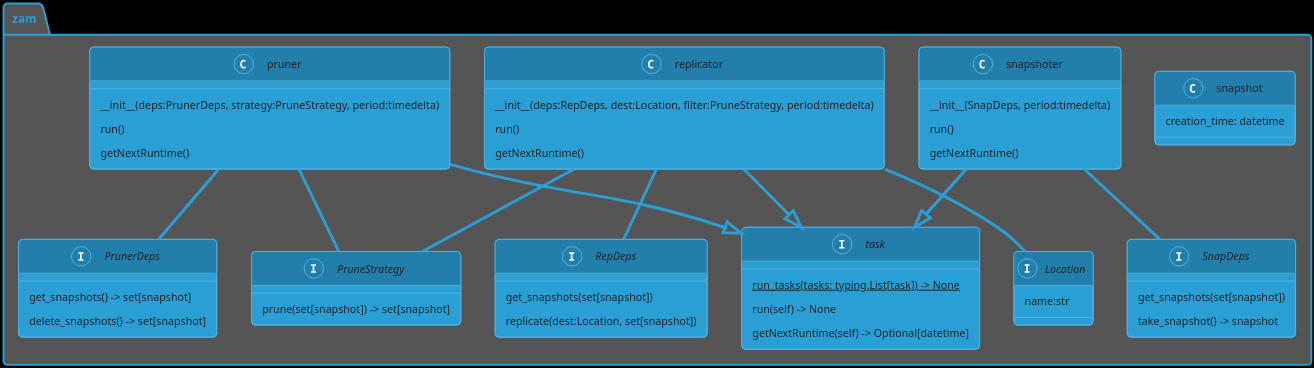
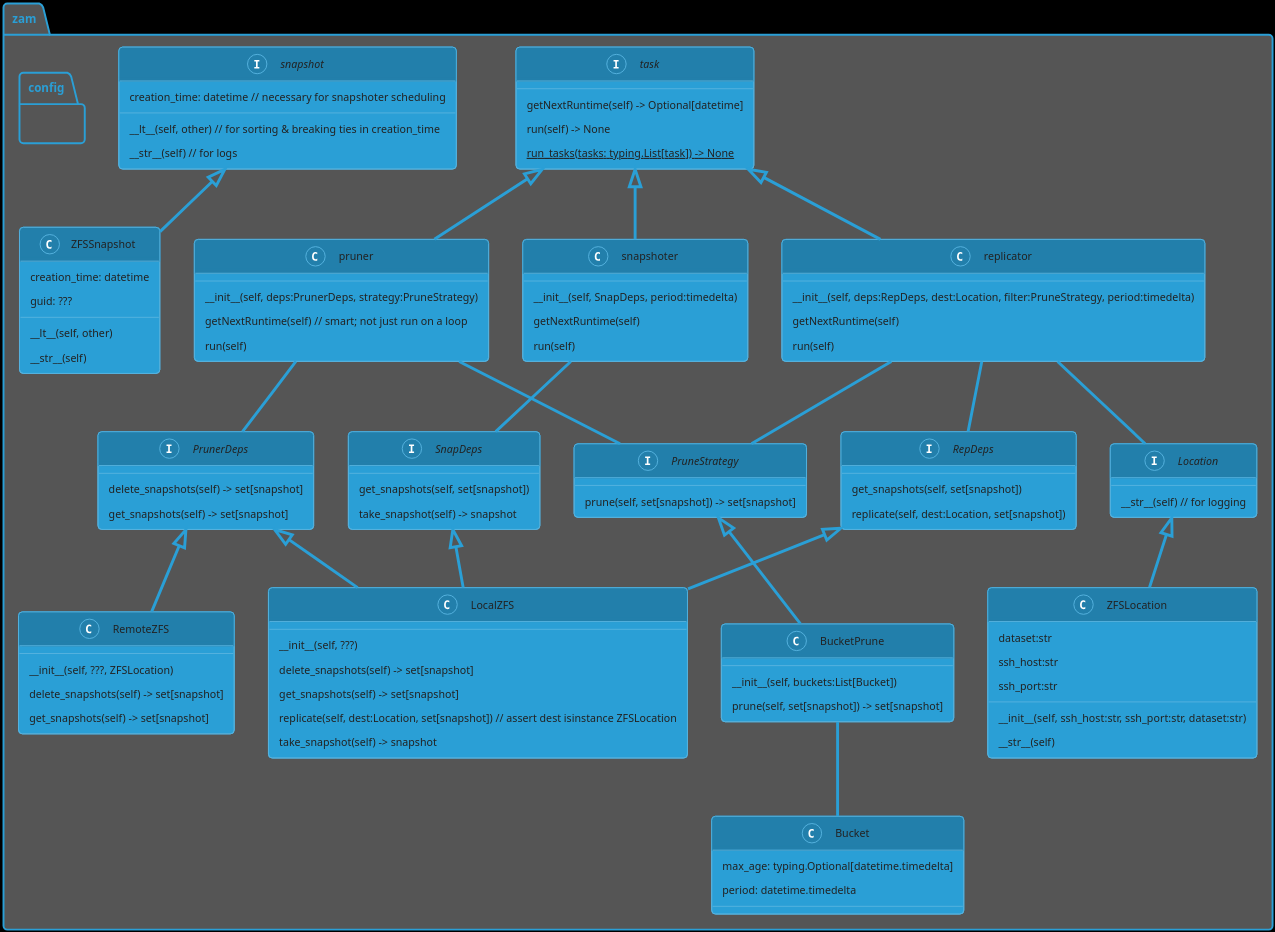
One commit to Ivan-Johnson/ZAM changed the diagram in docs/class_diagram.plantuml. Above: the diagram before and after it, drawn with PlantUML. The commit also changed other lines of this file and 1 other file, not shown here.

Commit message:
Update class diagram with ZFS implementations of interfaces
Relates to #17

```diff
--- a/docs/class_diagram.plantuml
+++ b/docs/class_diagram.plantuml
@@ -1,77 +2,134 @@
 @startuml
 !theme cyborg
 skinparam backgroundColor black
 skinparam dpi 300
 
 package "zam" {
 	interface task {
+		getNextRuntime(self) -> Optional[datetime]
+		run(self) -> None
 		{static} run_tasks(tasks: typing.List[task]) -> None
-		run(self) -> None
-		getNextRuntime(self) -> Optional[datetime]
 	}
 
-	class snapshot {
-		creation_time: datetime
-		'guid
+	interface snapshot {
+		__lt__(self, other) // for sorting & breaking ties in creation_time
+		__str__(self) // for logs
+		creation_time: datetime // necessary for snapshoter scheduling
 	}
 
+	class ZFSSnapshot {
+		__lt__(self, other)
+		__str__(self)
+		creation_time: datetime
+		guid: ???
+	}
+	ZFSSnapshot -up-|>snapshot
+
 	interface SnapDeps {
-		get_snapshots(set[snapshot])
-		take_snapshot() -> snapshot
+		get_snapshots(self, set[snapshot])
+		take_snapshot(self) -> snapshot
 	}
 
 	class snapshoter {
-		__init__(SnapDeps, period:timedelta)
-		run()
-		getNextRuntime()
+		__init__(self, SnapDeps, period:timedelta)
+		getNextRuntime(self)
+		run(self)
 	}
 
-	snapshoter --|> task
+	snapshoter -up-|> task
 	snapshoter -- SnapDeps
 
 	interface RepDeps {
-		get_snapshots(set[snapshot])
-		replicate(dest:Location, set[snapshot])
+		get_snapshots(self, set[snapshot])
+		replicate(self, dest:Location, set[snapshot])
 	}
 
 	interface Location {
-		name:str
+		__str__(self) // for logging
 	}
 
 	class replicator {
-		__init__(deps:RepDeps, dest:Location, filter:PruneStrategy, period:timedelta)
-		run()
-		getNextRuntime()
+		__init__(self, deps:RepDeps, dest:Location, filter:PruneStrategy, period:timedelta)
+		getNextRuntime(self)
+		run(self)
 	}
 
-	replicator --|> task
+	replicator -up-|> task
 	replicator -- RepDeps
 	replicator -- Location
 	replicator -- PruneStrategy
 
 	class pruner {
-		__init__(deps:PrunerDeps, strategy:PruneStrategy, period:timedelta)
-		run()
-		getNextRuntime()
+		__init__(self, deps:PrunerDeps, strategy:PruneStrategy)
+		getNextRuntime(self) // smart; not just run on a loop
+		run(self)
 	}
 
 	interface PruneStrategy {
-		prune(set[snapshot]) -> set[snapshot]
+		prune(self, set[snapshot]) -> set[snapshot]
 	}
 
 	interface PrunerDeps {
-		get_snapshots() -> set[snapshot]
-		delete_snapshots() -> set[snapshot]
+		delete_snapshots(self) -> set[snapshot]
+		get_snapshots(self) -> set[snapshot]
 	}
 
-	pruner --|> task
+	pruner -up-|> task
 	pruner -- PrunerDeps
 	pruner -- PruneStrategy
 
+	class Bucket {
+		'This probably shouldn't be a separate class
+		max_age: typing.Optional[datetime.timedelta]
+		period: datetime.timedelta
+	}
+
+	class BucketPrune {
+		__init__(self, buckets:List[Bucket])
+		prune(self, set[snapshot]) -> set[snapshot]
+	}
+	BucketPrune -up-|> PruneStrategy
+	BucketPrune -- Bucket
+
+	class ZFSLocation {
+		__init__(self, ssh_host:str, ssh_port:str, dataset:str)
+		__str__(self)
+		dataset:str
+		ssh_host:str
+		ssh_port:str
+	}
+	ZFSLocation -up-|> Location
+
+	class LocalZFS {
+		__init__(self, ???)
+		delete_snapshots(self) -> set[snapshot]
+		get_snapshots(self) -> set[snapshot]
+		replicate(self, dest:Location, set[snapshot]) // assert dest isinstance ZFSLocation
+		take_snapshot(self) -> snapshot
+	}
+	LocalZFS -up-|> PrunerDeps
+	LocalZFS -up-|> RepDeps
+	LocalZFS -up-|> SnapDeps
+
+	class RemoteZFS {
+		__init__(self, ???, ZFSLocation)
+		delete_snapshots(self) -> set[snapshot]
+		get_snapshots(self) -> set[snapshot]
+	}
+	RemoteZFS -up-|> PrunerDeps
+
+	package "config" {
+	}
+
 	'TODO #17: there's still a lot missing
-	'* need some sort of interfaces for running commands. (implementation handles details such as what machine to SSH into)
-	'  * how to handle pipelines though?
-	'* need ZFS implementations of these interfaces
-	'* last, we need to import the config classes (we want to design for main code first; clean config code is a secondary concern)
+	'* need to de-duplicate {RemoteZFS,LocalZFS}.{get_snapshots(), delete_snapshots()}
+	'  * maybe a single ZFS class that gets given an interface for running
+	'    commands? It'd have to be a pretty complex interface to support piping
+	'    commands for LocalZFS.replicate(), and that's not even something that
+	'    we need for RemoteZFS...
+	'  * Maybe just common get_{getter,deletor}_command() and
+	'    parse_{getter,deletor}_output() function?
+	'* Design config classes/json structure
 }
+
 @enduml
```
